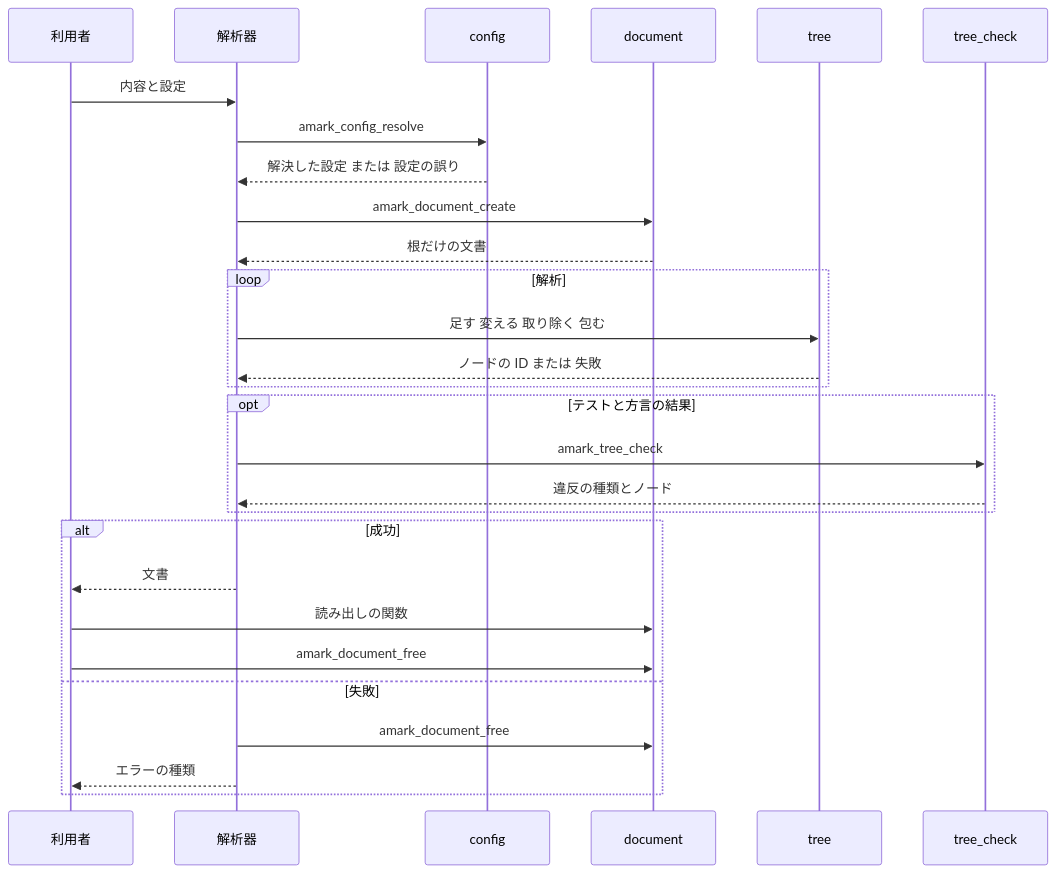
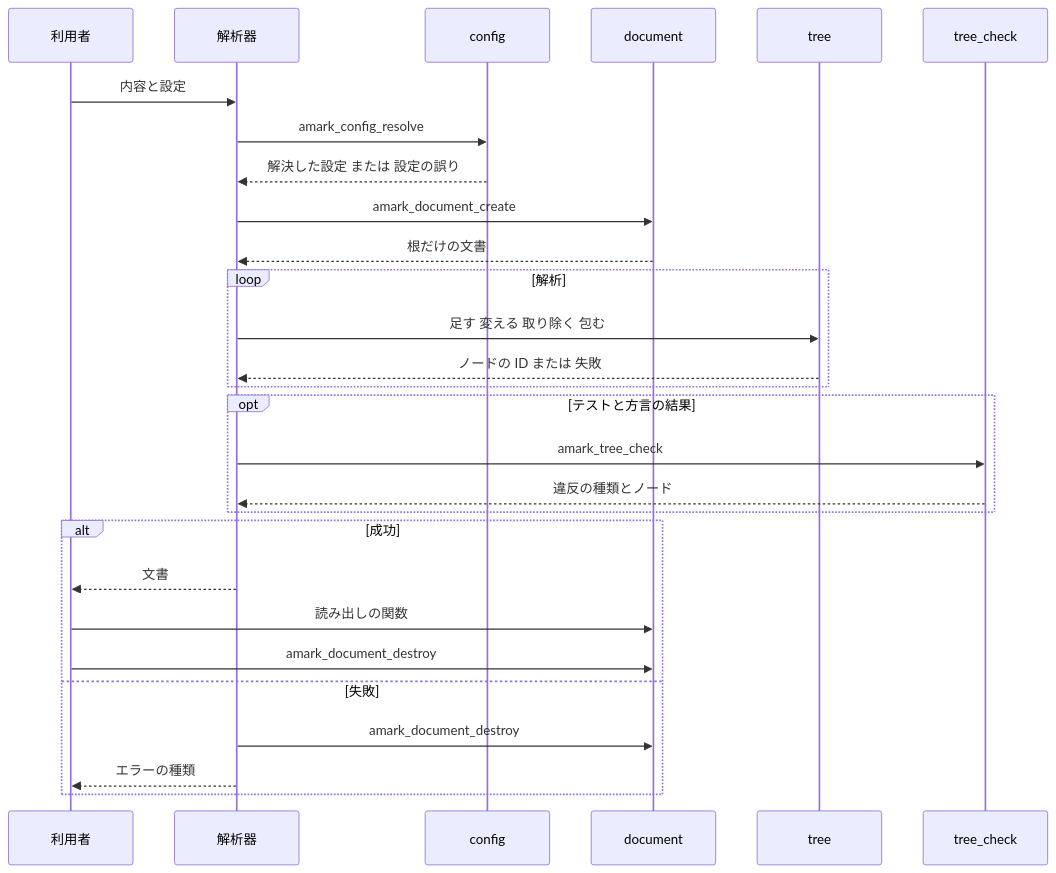
Before and after one commit to ktdevx/amark-private: the second of 3 diagrams in .kiro/specs/syntax-tree/design.md, drawn with Mermaid. The commit also changed other lines of this file and 1 other file, not shown here.

First line of the commit message:
spec(syntax-tree): 文書の解放の関数を amark_document_destroy にする

````diff
--- a/.kiro/specs/syntax-tree/design.md
+++ b/.kiro/specs/syntax-tree/design.md
@@ -174,30 +174,30 @@
 ```mermaid
 sequenceDiagram
     participant U as 利用者
     participant P as 解析器
     participant C as config
     participant D as document
     participant T as tree
     participant K as tree_check
     U->>P: 内容と設定
     P->>C: amark_config_resolve
     C-->>P: 解決した設定 または 設定の誤り
     P->>D: amark_document_create
     D-->>P: 根だけの文書
     loop 解析
         P->>T: 足す 変える 取り除く 包む
         T-->>P: ノードの ID または 失敗
     end
     opt テストと方言の結果
         P->>K: amark_tree_check
         K-->>P: 違反の種類とノード
     end
     alt 成功
         P-->>U: 文書
         U->>D: 読み出しの関数
-        U->>D: amark_document_free
+        U->>D: amark_document_destroy
     else 失敗
-        P->>D: amark_document_free
+        P->>D: amark_document_destroy
         P-->>U: エラーの種類
     end
 ```
````
